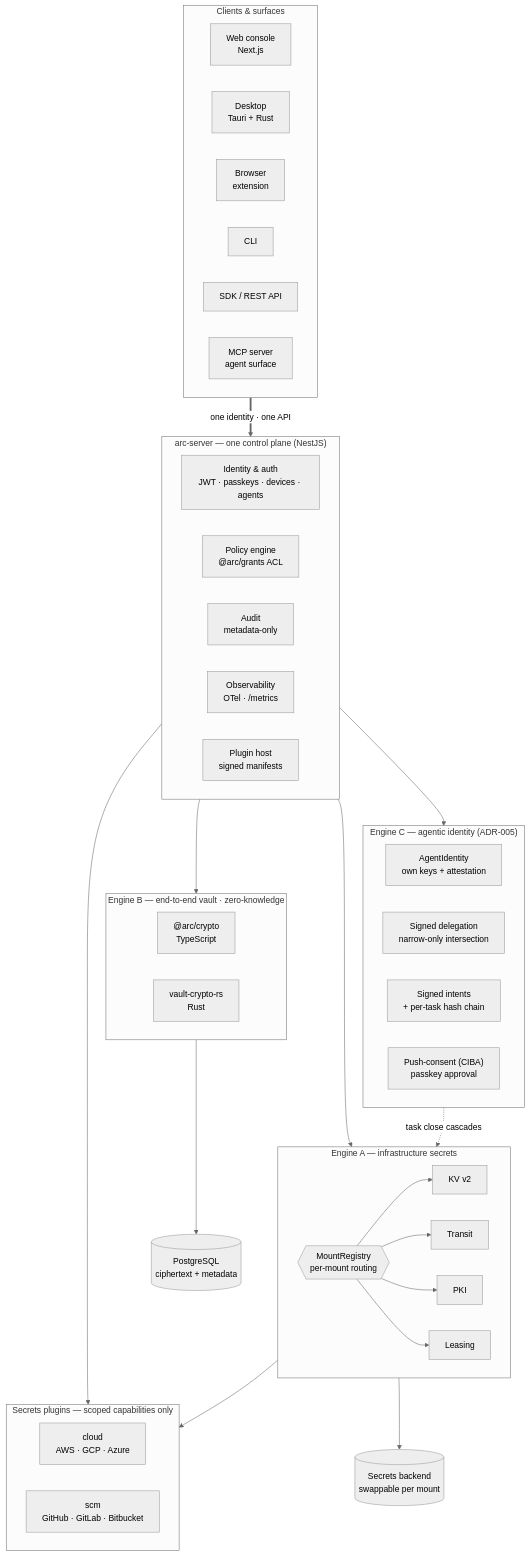
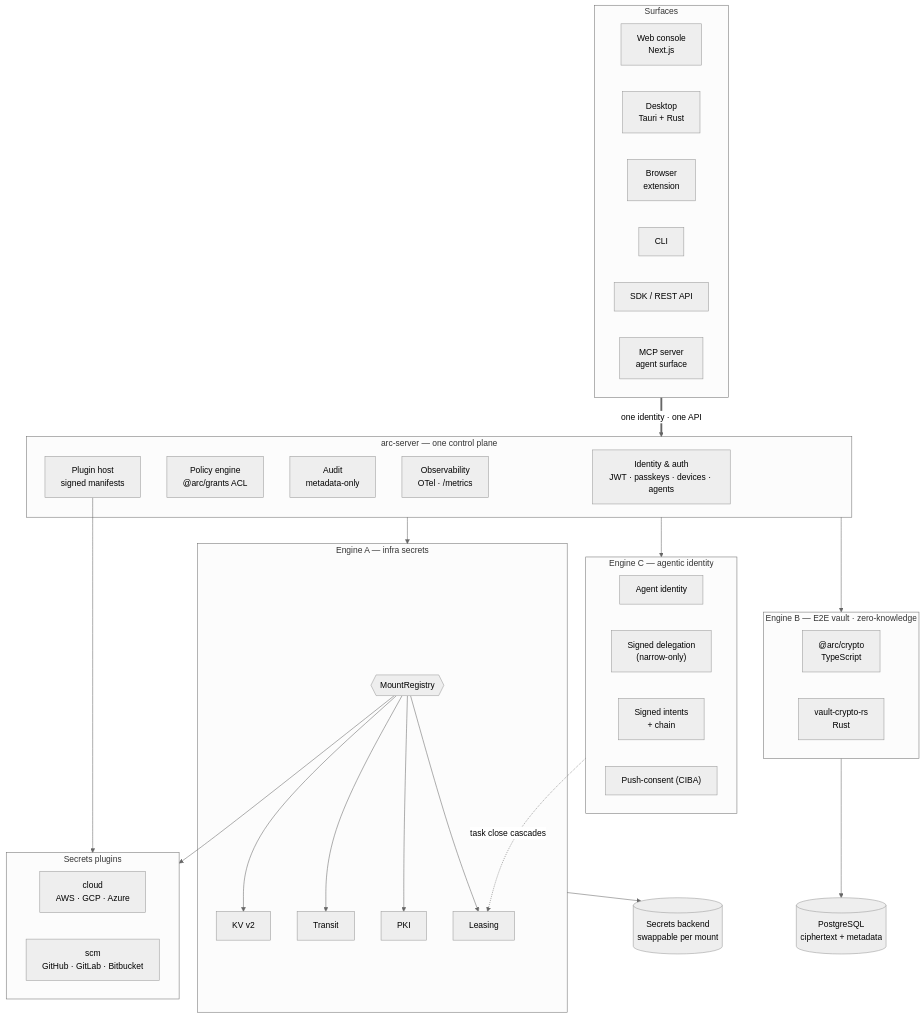
One commit to ethchor/arc changed the first of 2 diagrams in README.md. Above: the diagram before and after it, drawn with Mermaid (neutral theme). The commit also changed other lines of this file and 1 other file, not shown here.

````diff
--- a/README.md
+++ b/README.md
@@ -138,67 +142,54 @@
 ```mermaid
 flowchart TB
-    subgraph CL["Clients &amp; surfaces"]
-        direction LR
+    subgraph CL["Surfaces"]
         WEB["Web console<br/>Next.js"]
         DESK["Desktop<br/>Tauri + Rust"]
         EXT["Browser<br/>extension"]
         CLI["CLI"]
         SDK["SDK / REST API"]
         MCP["MCP server<br/>agent surface"]
     end
-
-    subgraph SRV["arc-server — one control plane (NestJS)"]
-        direction LR
-        ID["Identity &amp; auth<br/>JWT · passkeys · devices · agents"]
+    subgraph SRV["arc-server — one control plane"]
+        ID["Identity & auth<br/>JWT · passkeys · devices · agents"]
         POL["Policy engine<br/>@arc/grants ACL"]
         AUD["Audit<br/>metadata-only"]
         OBS["Observability<br/>OTel · /metrics"]
         HOST["Plugin host<br/>signed manifests"]
     end
-
-    subgraph EA["Engine A — infrastructure secrets"]
-        direction LR
-        REG{{"MountRegistry<br/>per-mount routing"}}
+    subgraph EA["Engine A — infra secrets"]
+        REG{{"MountRegistry"}}
         KV["KV v2"]
         TR["Transit"]
         PK["PKI"]
         LS["Leasing"]
     end
-
-    subgraph PL["Secrets plugins — scoped capabilities only"]
-        direction LR
+    subgraph PL["Secrets plugins"]
         CLOUD["cloud<br/>AWS · GCP · Azure"]
         SCM["scm<br/>GitHub · GitLab · Bitbucket"]
     end
-
-    subgraph EB["Engine B — end-to-end vault · zero-knowledge"]
-        direction LR
+    subgraph EB["Engine B — E2E vault · zero-knowledge"]
         CTS["@arc/crypto<br/>TypeScript"]
         CRS["vault-crypto-rs<br/>Rust"]
     end
-
-    subgraph EC["Engine C — agentic identity (ADR-005)"]
-        direction LR
-        AGENT["AgentIdentity<br/>own keys + attestation"]
-        DEL["Signed delegation<br/>narrow-only intersection"]
-        INT["Signed intents<br/>+ per-task hash chain"]
-        APP["Push-consent (CIBA)<br/>passkey approval"]
+    subgraph EC["Engine C — agentic identity"]
+        AGENT["Agent identity"]
+        DEL["Signed delegation<br/>(narrow-only)"]
+        INT["Signed intents<br/>+ chain"]
+        APP["Push-consent (CIBA)"]
     end
-
     BK[("Secrets backend<br/>swappable per mount")]
     DB[("PostgreSQL<br/>ciphertext + metadata")]
-
     CL ==>|"one identity · one API"| SRV
     SRV --> EA
     SRV --> EB
     SRV --> EC
     EC -.->|"task close cascades"| LS
     HOST --> PL
     REG --> KV
     REG --> TR
     REG --> PK
     REG --> LS
     REG --> PL
     EA --> BK
     EB --> DB
 ```
````
